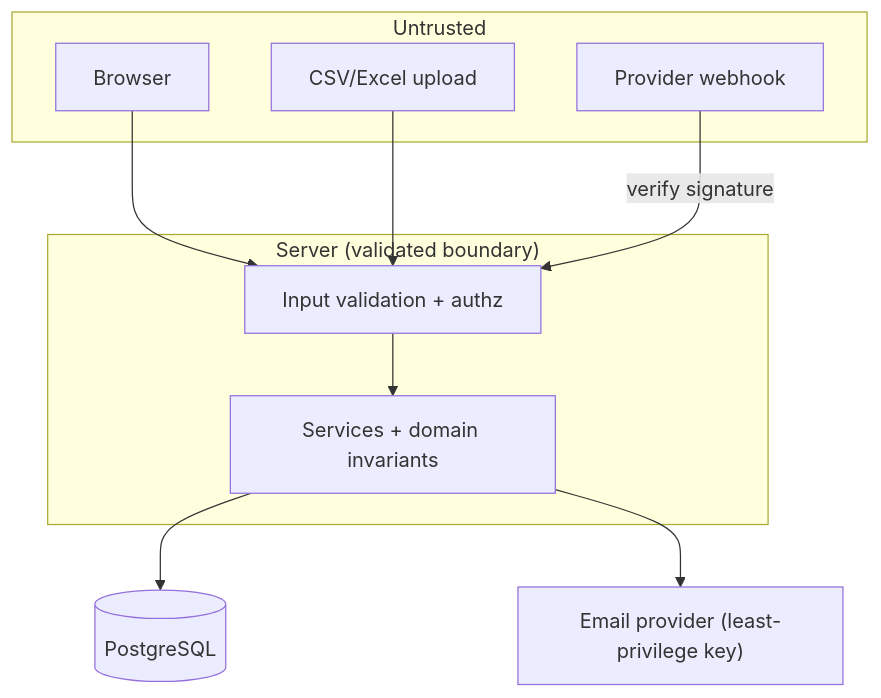
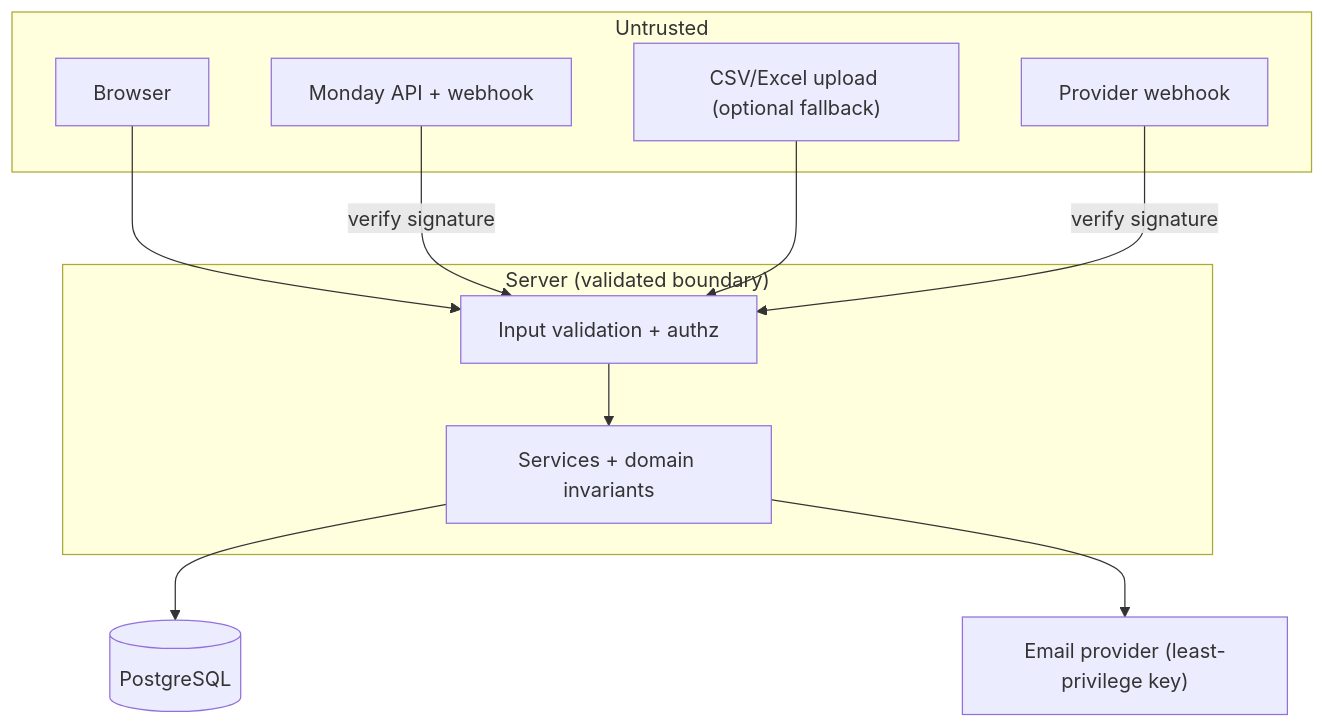
The fifth of 6 diagrams in docs/architecture.md (khaledAxis/AXIS-Customer-Communication-Platform), drawn with Mermaid before and after one commit. The commit also changed other lines of this file and 46 other files, not shown here.

````diff
--- a/docs/architecture.md
+++ b/docs/architecture.md
@@ -199,18 +291,20 @@
 ```mermaid
 flowchart TB
     subgraph Untrusted
         B["Browser"]
-        CSV["CSV/Excel upload"]
+        Monday["Monday API + webhook"]
+        CSV["CSV/Excel upload (optional fallback)"]
         Hook["Provider webhook"]
     end
     subgraph Trusted["Server (validated boundary)"]
         V["Input validation + authz"]
         Svc["Services + domain invariants"]
     end
     B --> V
+    Monday -->|verify signature| V
     CSV --> V
     Hook -->|verify signature| V
     V --> Svc
     Svc --> PG[("PostgreSQL")]
     Svc --> Prov["Email provider (least-privilege key)"]
 ```
````
